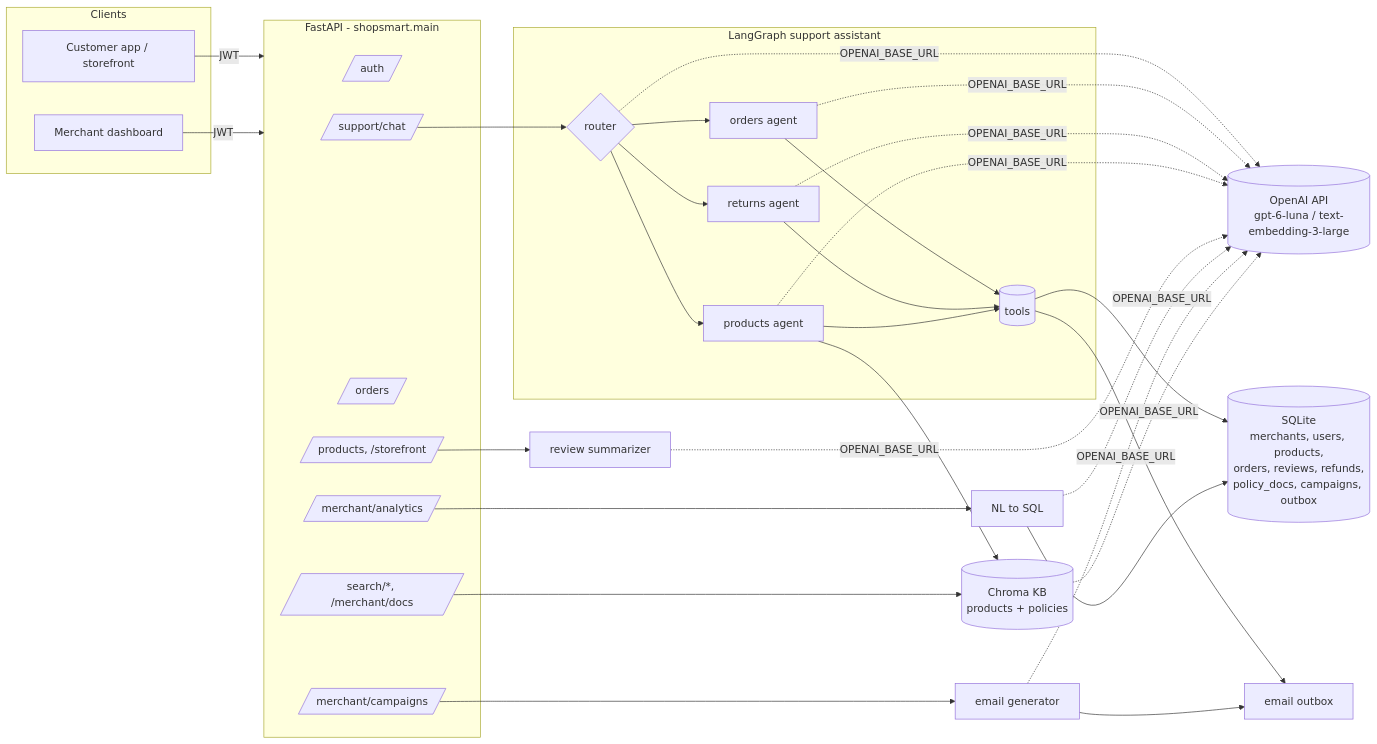
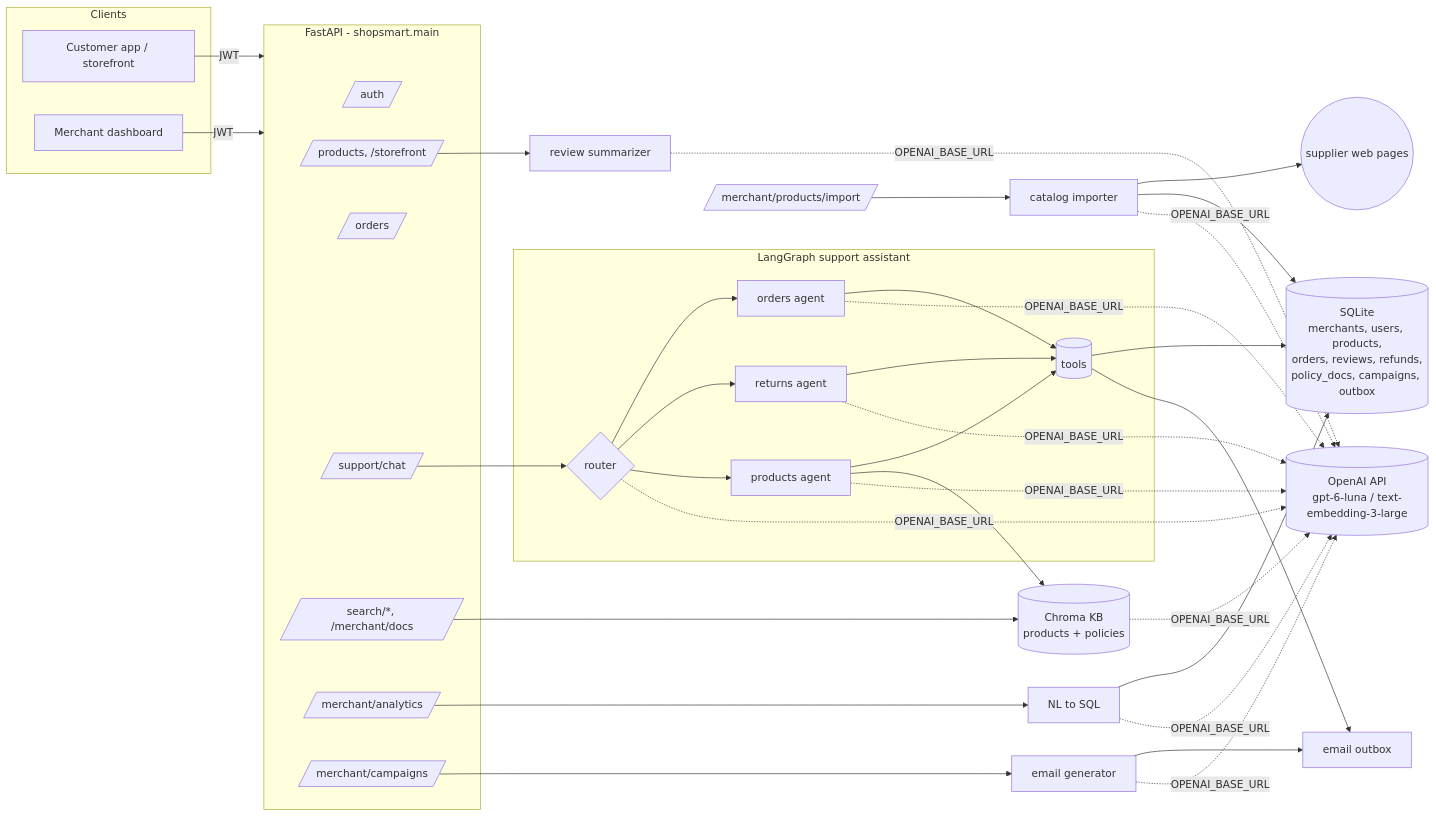
The diagram in README.md (sushanedulloo-6853/aisec-target-shopsmart), drawn with Mermaid before and after one commit. The commit also changed other lines of this file and 8 other files, not shown here.

Commit message:
Add catalog import assistant (product listing from supplier URL)

````diff
--- a/README.md
+++ b/README.md
@@ -26,40 +27,42 @@
 ```mermaid
 flowchart LR
     subgraph Clients
         C[Customer app / storefront]
         M[Merchant dashboard]
     end
 
     C -->|JWT| API
     M -->|JWT| API
 
     subgraph API[FastAPI - shopsmart.main]
         AUTH[/auth/]
         CAT[/products, /storefront/]
         ORD[/orders/]
         SUP[/support/chat/]
         SRCH[/search/*, /merchant/docs/]
         ANA[/merchant/analytics/]
         MKT[/merchant/campaigns/]
     end
 
     subgraph Support[LangGraph support assistant]
         R{router} --> OA[orders agent]
         R --> RA[returns agent]
         R --> PA[products agent]
         OA & RA & PA --> T[(tools)]
     end
 
     SUP --> R
     T --> DB
     T --> MAIL[email outbox]
     PA --> VS
     SRCH --> VS[(Chroma KB<br/>products + policies)]
     CAT --> SUM[review summarizer]
     ANA --> SQL[NL to SQL] --> DB
     MKT --> GEN[email generator] --> MAIL
+    IMP[/merchant/products/import/] --> IMPORTER[catalog importer] --> WEB((supplier web pages))
+    IMPORTER --> DB
 
     DB[(SQLite<br/>merchants, users, products,<br/>orders, reviews, refunds,<br/>policy_docs, campaigns, outbox)]
 
-    R & OA & RA & PA & SUM & SQL & GEN & VS -.->|OPENAI_BASE_URL| OAI[(OpenAI API<br/>gpt-6-luna / text-embedding-3-large)]
+    R & OA & RA & PA & SUM & SQL & GEN & IMPORTER & VS -.->|OPENAI_BASE_URL| OAI[(OpenAI API<br/>gpt-6-luna / text-embedding-3-large)]
 ```
````
